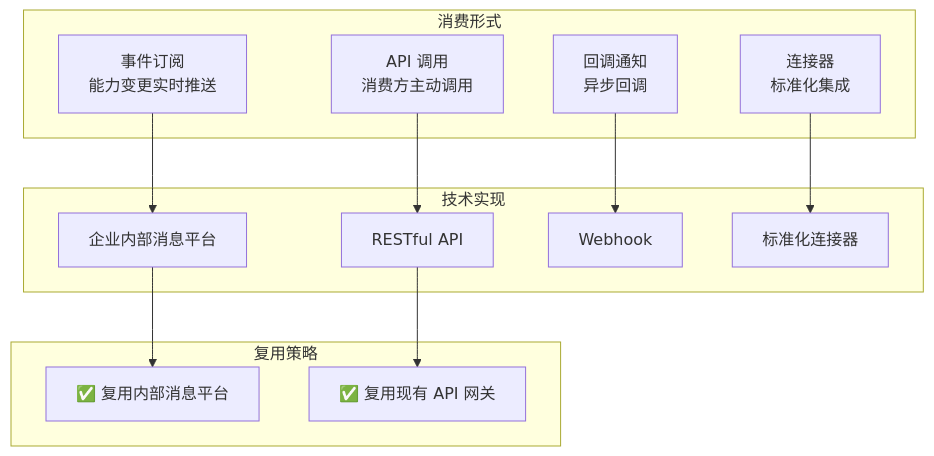
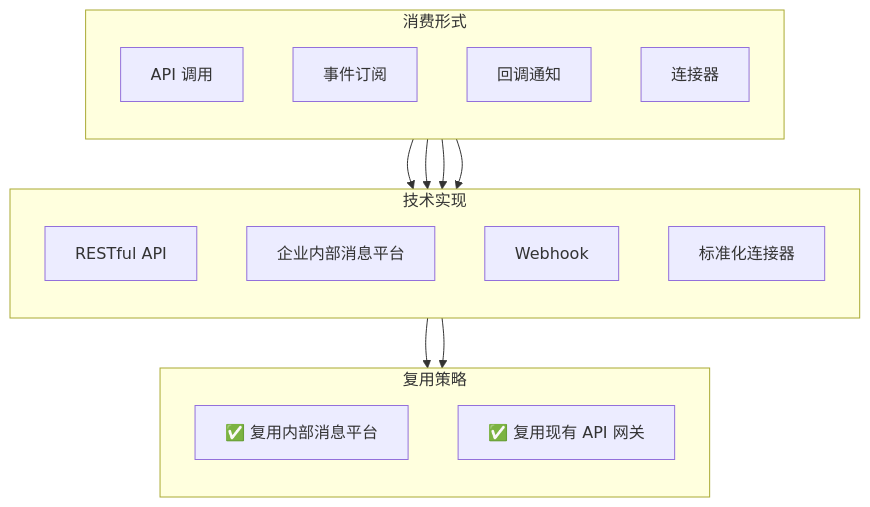
Before and after one commit to THZSummer/Product: the ninth of 11 diagrams in open-app/.sdd/specs-tree-root/specs-tree-capability-open-platform/discovery-report.md, drawn with Mermaid. The commit also changed other lines of this file, not shown here.

Commit message:
fix: 优化 5.2/5.3/5.4 mermaid 图表渲染
- 5.2 能力消费形式：简化节点标签，移除 HTML 换行
- 5.3 能力归属与治理：使用 flowchart 替代 graph，用虚线框代替 note
- 5.4 与数据开放平台的关系：使用 flowchart 替代 graph，优化布局
- 所有图表使用 direction TB 确保垂直布局一致性

````diff
--- a/open-app/.sdd/specs-tree-root/specs-tree-capability-open-platform/discovery-report.md
+++ b/open-app/.sdd/specs-tree-root/specs-tree-capability-open-platform/discovery-report.md
@@ -375,21 +375,31 @@
 ```mermaid
-graph TB
+flowchart TB
     subgraph 消费形式
-        F1[API 调用<br/>消费方主动调用]
-        F2[事件订阅<br/>能力变更实时推送]
-        F3[回调通知<br/>异步回调]
-        F4[连接器<br/>标准化集成]
+        direction TB
+        F1[API 调用]
+        F2[事件订阅]
+        F3[回调通知]
+        F4[连接器]
     end
     
     subgraph 技术实现
-        F1 --> T1[RESTful API]
-        F2 --> T2[企业内部消息平台]
-        F3 --> T3[Webhook]
-        F4 --> T4[标准化连接器]
+        direction TB
+        T1[RESTful API]
+        T2[企业内部消息平台]
+        T3[Webhook]
+        T4[标准化连接器]
     end
     
     subgraph 复用策略
-        T2 --> R1[✅ 复用内部消息平台]
-        T1 --> R2[✅ 复用现有 API 网关]
+        direction TB
+        R1[✅ 复用内部消息平台]
+        R2[✅ 复用现有 API 网关]
     end
+    
+    F1 --> T1
+    F2 --> T2
+    F3 --> T3
+    F4 --> T4
+    T2 --> R1
+    T1 --> R2
 ```
````
